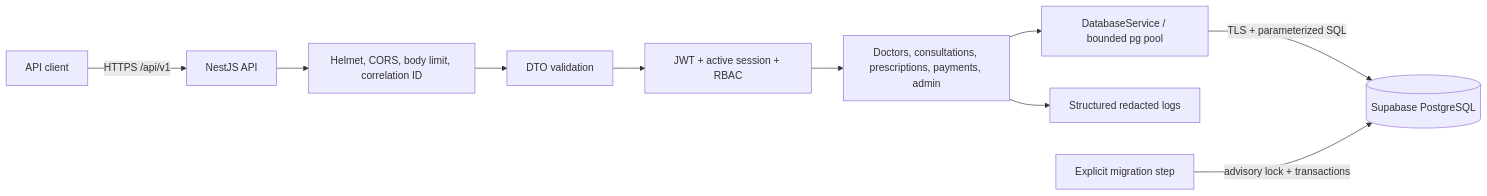
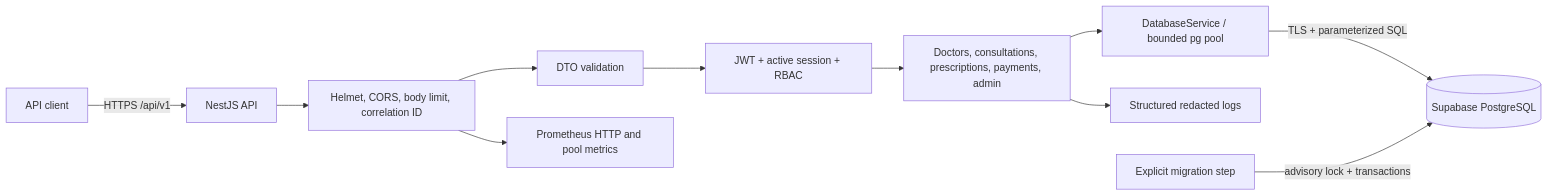
One commit to atharve16/Amrutam-s-Assignment changed the diagram in docs/architecture.md. Above: the diagram before and after it, drawn with Mermaid. The commit also changed other lines of this file and 22 other files, not shown here.

````diff
--- a/docs/architecture.md
+++ b/docs/architecture.md
@@ -7,12 +7,13 @@
 ```mermaid
 flowchart LR
   Client[API client] -->|HTTPS /api/v1| API[NestJS API]
   API --> Edge[Helmet, CORS, body limit, correlation ID]
   Edge --> Validation[DTO validation]
   Validation --> Auth[JWT + active session + RBAC]
   Auth --> Domain[Doctors, consultations, prescriptions, payments, admin]
   Domain --> DBLayer[DatabaseService / bounded pg pool]
   DBLayer -->|TLS + parameterized SQL| PG[(Supabase PostgreSQL)]
   Domain --> Logs[Structured redacted logs]
+  Edge --> Metrics[Prometheus HTTP and pool metrics]
   Migrator[Explicit migration step] -->|advisory lock + transactions| PG
 ```
````
